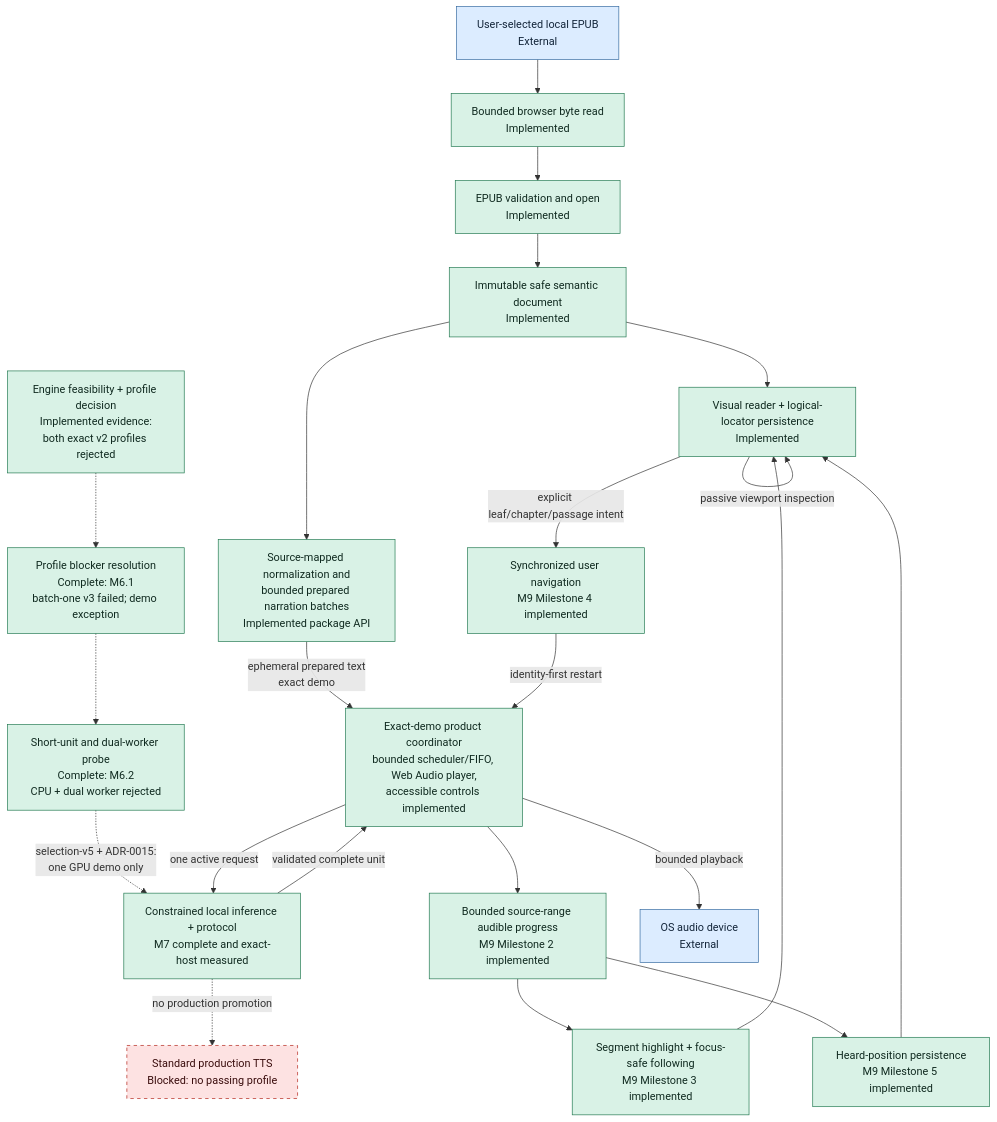
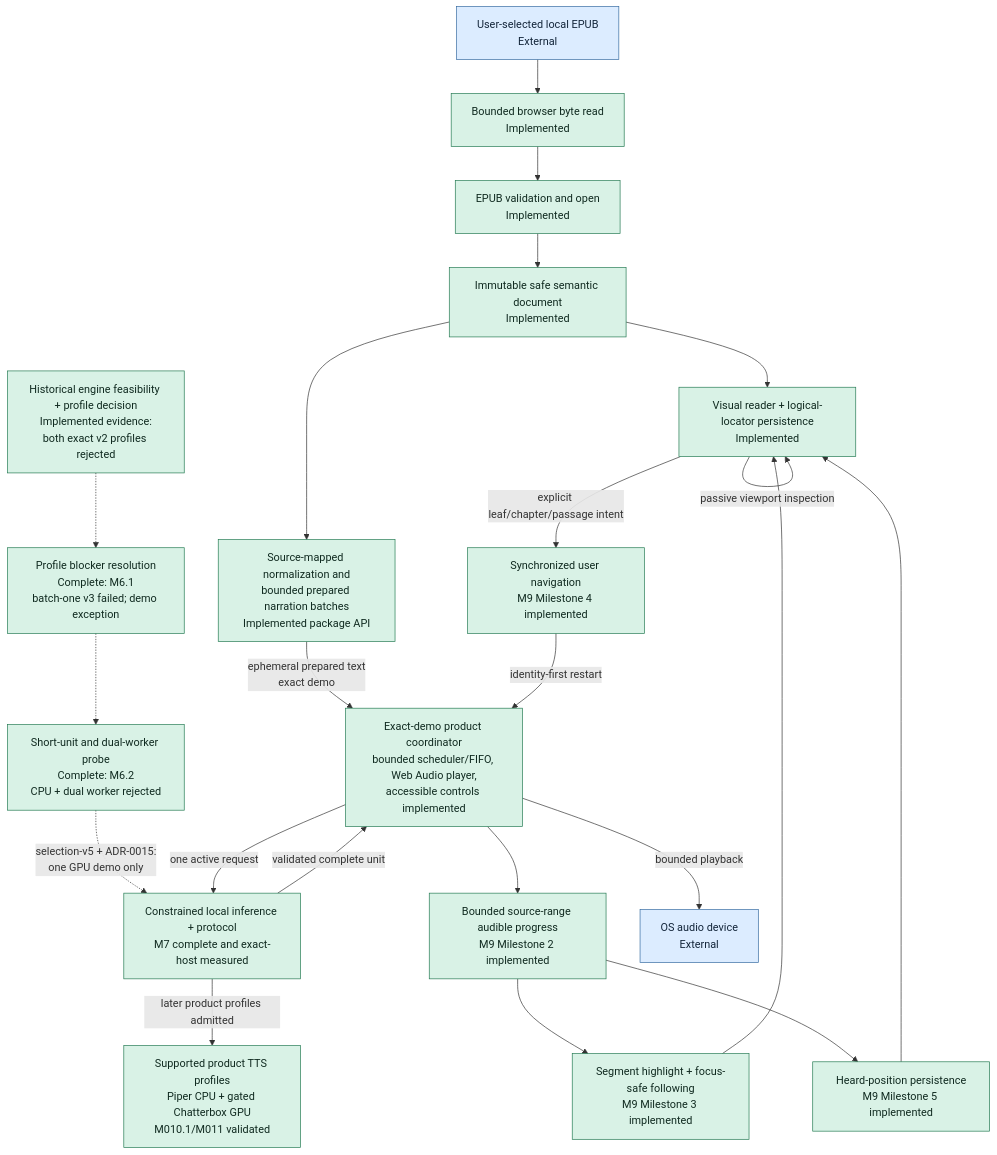
Before and after one commit to mmjosedaniel/voxleaf: the second of 2 diagrams in docs/architecture/system-diagram.md, drawn with Mermaid. The commit also changed other lines of this file and 20 other files, not shown here.

````diff
--- a/docs/architecture/system-diagram.md
+++ b/docs/architecture/system-diagram.md
@@ -376,46 +386,46 @@
 ```mermaid
 flowchart TD
     classDef implemented fill:#d9f2e6,stroke:#247a52,color:#102a20
     classDef progress fill:#dcecff,stroke:#356aa0,color:#13253a,stroke-dasharray: 3 3
     classDef planned fill:#fff0c7,stroke:#9a6b00,color:#332400,stroke-dasharray: 5 5
     classDef blocked fill:#fde2e2,stroke:#b42318,color:#3a0d0d,stroke-dasharray: 5 5
     classDef deferred fill:#eceff3,stroke:#667085,color:#20242a,stroke-dasharray: 5 5
     classDef external fill:#dcecff,stroke:#356aa0,color:#13253a
 
     FILE["User-selected local EPUB<br/>External"]:::external
     READ["Bounded browser byte read<br/>Implemented"]:::implemented
     OPEN["EPUB validation and open<br/>Implemented"]:::implemented
     SAFE["Immutable safe semantic document<br/>Implemented"]:::implemented
     VISUAL["Visual reader + logical-locator persistence<br/>Implemented"]:::implemented
     PREP["Source-mapped normalization and<br/>bounded prepared narration batches<br/>Implemented package API"]:::implemented
-    PROFILE["Engine feasibility + profile decision<br/>Implemented evidence:<br/>both exact v2 profiles rejected"]:::implemented
+    PROFILE["Historical engine feasibility + profile decision<br/>Implemented evidence:<br/>both exact v2 profiles rejected"]:::implemented
     NEXT_PROFILE["Profile blocker resolution<br/>Complete: M6.1<br/>batch-one v3 failed; demo exception"]:::implemented
     BATCH_PROBE["Short-unit and dual-worker probe<br/>Complete: M6.2<br/>CPU + dual worker rejected"]:::implemented
     INFER["Constrained local inference + protocol<br/>M7 complete and exact-host measured"]:::implemented
-    PROD["Standard production TTS<br/>Blocked: no passing profile"]:::blocked
+    PROD["Supported product TTS profiles<br/>Piper CPU + gated Chatterbox GPU<br/>M010.1/M011 validated"]:::implemented
     BUFFER["Exact-demo product coordinator<br/>bounded scheduler/FIFO, Web Audio player,<br/>accessible controls implemented"]:::implemented
     AUDIBLE["Bounded source-range audible progress<br/>M9 Milestone 2 implemented"]:::implemented
     FOLLOW["Segment highlight + focus-safe following<br/>M9 Milestone 3 implemented"]:::implemented
     INTERACTION["Synchronized user navigation<br/>M9 Milestone 4 implemented"]:::implemented
     HEARD["Heard-position persistence<br/>M9 Milestone 5 implemented"]:::implemented
     DEVICE["OS audio device<br/>External"]:::external
 
     FILE --> READ --> OPEN --> SAFE --> VISUAL
     SAFE --> PREP
     PREP -->|"ephemeral prepared text<br/>exact demo"| BUFFER
     PROFILE -.-> NEXT_PROFILE
     NEXT_PROFILE -.-> BATCH_PROBE
     BATCH_PROBE -.->|"selection-v5 + ADR-0015:<br/>one GPU demo only"| INFER
-    INFER -.->|"no production promotion"| PROD
+    INFER -->|"later product profiles admitted"| PROD
     BUFFER -->|"one active request"| INFER
     INFER -->|"validated complete unit"| BUFFER
     BUFFER --> AUDIBLE
     AUDIBLE --> FOLLOW
     FOLLOW --> VISUAL
     VISUAL -->|"explicit leaf/chapter/passage intent"| INTERACTION
     VISUAL -->|"passive viewport inspection"| VISUAL
     INTERACTION -->|"identity-first restart"| BUFFER
     AUDIBLE --> HEARD
     HEARD --> VISUAL
     BUFFER -->|"bounded playback"| DEVICE
 ```
````
